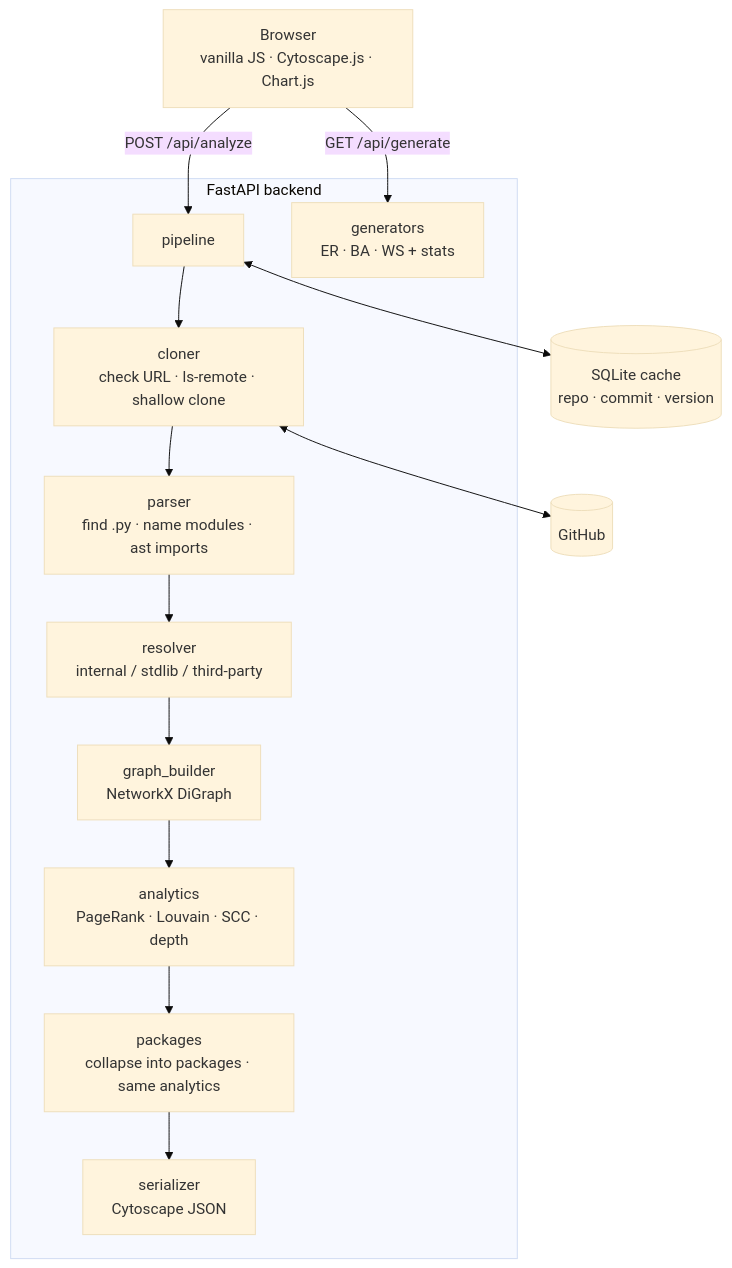
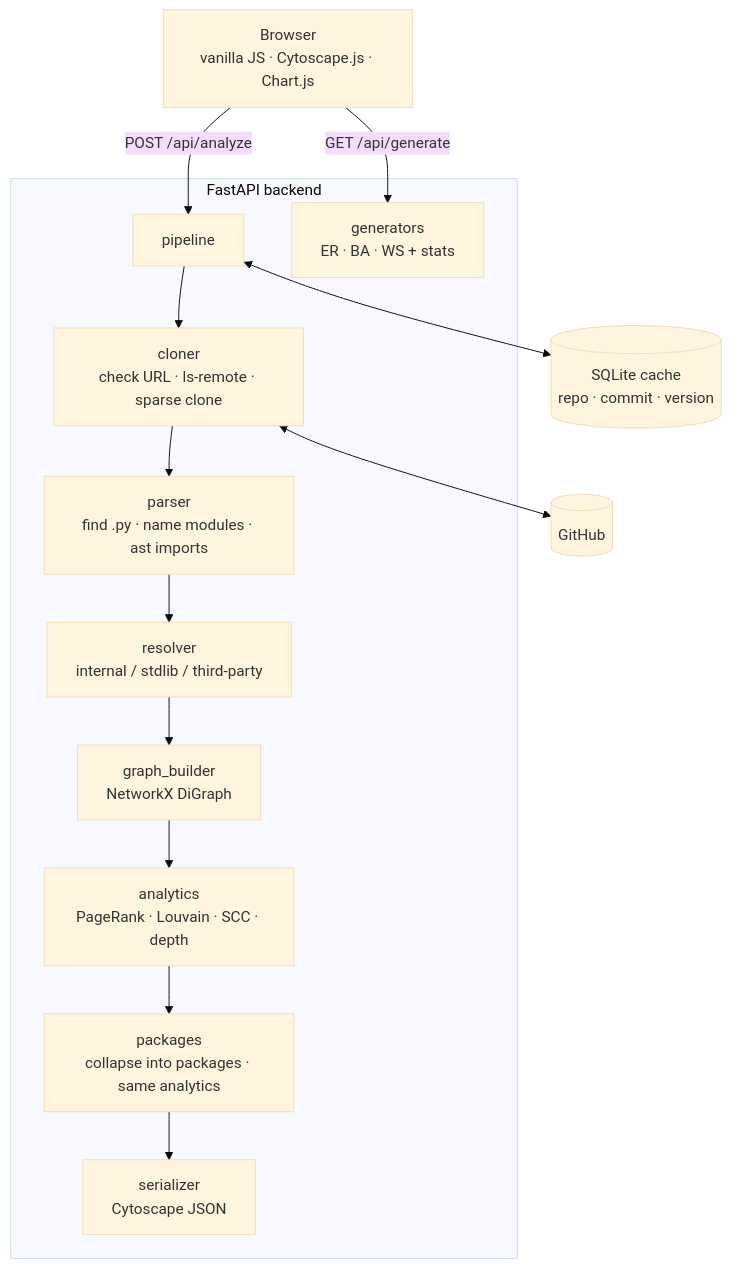
Before and after one commit to Vivansh-07/RepoAtlas: the diagram in README.md, drawn with Mermaid (base theme). The commit also changed other lines of this file, not shown here.

First line of the commit message:
README: sparse clone, stress test on 16 unfamiliar repos, new decisions

````diff
--- a/README.md
+++ b/README.md
@@ -99,17 +99,17 @@
 ```mermaid
 flowchart TB
     B["Browser<br/>vanilla JS · Cytoscape.js · Chart.js"] -->|"POST /api/analyze"| P
     B -->|"GET /api/generate"| GEN
     subgraph S["FastAPI backend"]
-        P["pipeline"] --> CL["cloner<br/>check URL · ls-remote · shallow clone"]
+        P["pipeline"] --> CL["cloner<br/>check URL · ls-remote · sparse clone"]
         CL --> PA["parser<br/>find .py · name modules · ast imports"]
         PA --> RE["resolver<br/>internal / stdlib / third-party"]
         RE --> GB["graph_builder<br/>NetworkX DiGraph"]
         GB --> AN["analytics<br/>PageRank · Louvain · SCC · depth"]
         AN --> PK["packages<br/>collapse into packages · same analytics"]
         PK --> SE["serializer<br/>Cytoscape JSON"]
         GEN["generators<br/>ER · BA · WS + stats"]
     end
     P <--> DB[("SQLite cache<br/>repo · commit · version")]
     CL <--> GH[("GitHub")]
 ```
````
